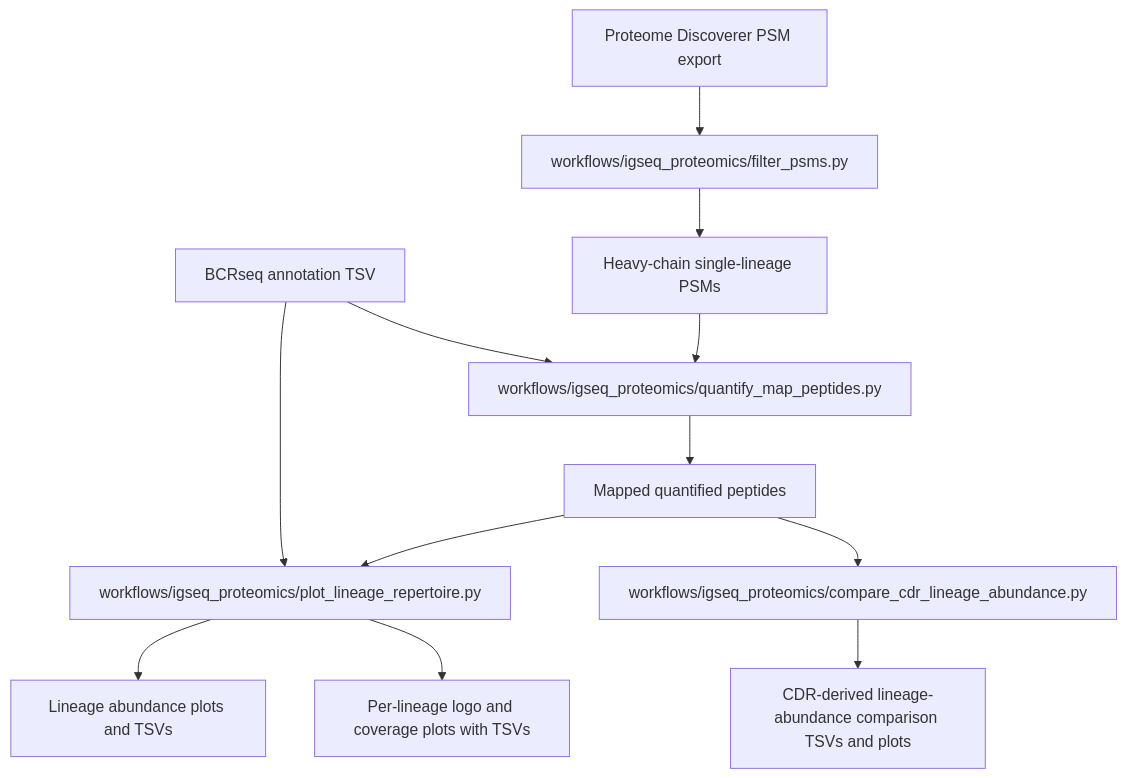
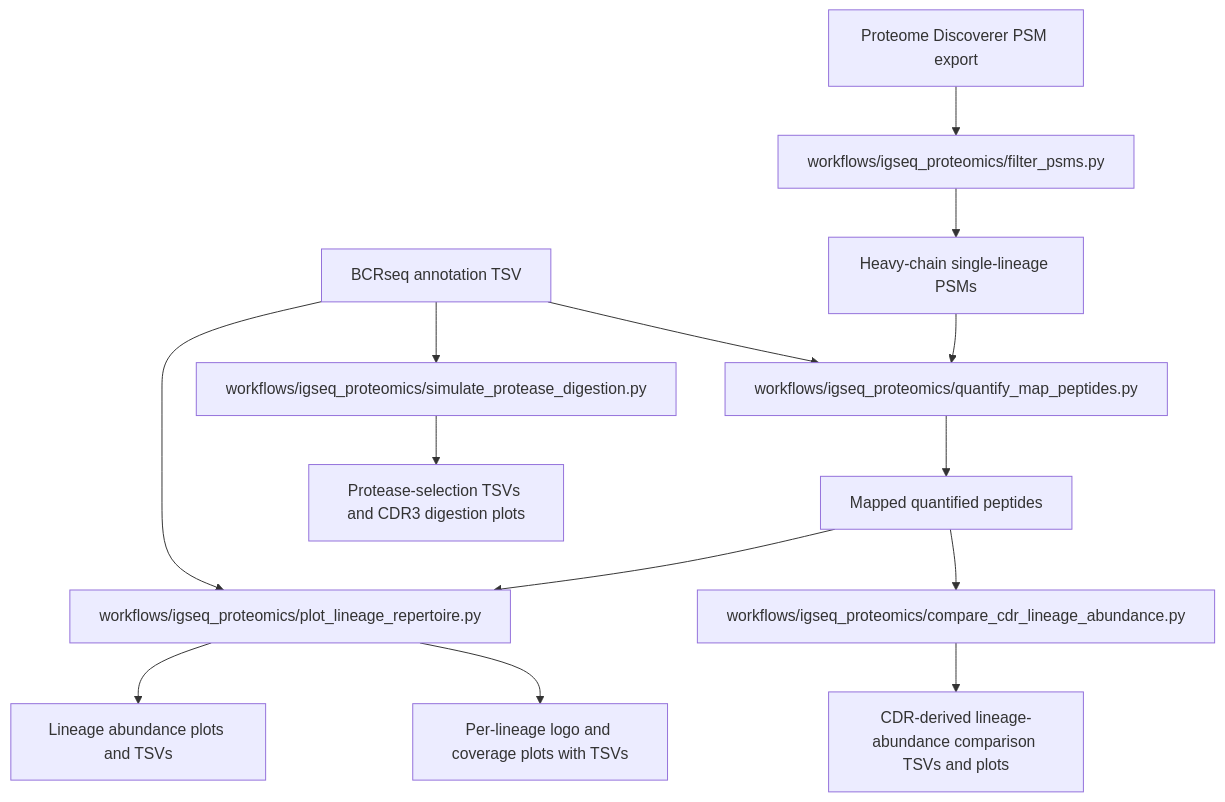
Before and after one commit to LukeHebert/bcrseq_igseq: the second of 2 diagrams in README.md, drawn with Mermaid. The commit also changed other lines of this file and 5 other files, not shown here.

Commit message:
Add AIRR protease digestion simulation

````diff
--- a/README.md
+++ b/README.md
@@ -69,14 +69,16 @@
 ```mermaid
 flowchart TD
     A[Proteome Discoverer PSM export] --> B[workflows/igseq_proteomics/filter_psms.py]
     B --> C[Heavy-chain single-lineage PSMs]
     C --> D[workflows/igseq_proteomics/quantify_map_peptides.py]
     E[BCRseq annotation TSV] --> D
     D --> F[Mapped quantified peptides]
     F --> G[workflows/igseq_proteomics/plot_lineage_repertoire.py]
     F --> J[workflows/igseq_proteomics/compare_cdr_lineage_abundance.py]
     E --> G
     G --> H[Lineage abundance plots and TSVs]
     G --> I[Per-lineage logo and coverage plots with TSVs]
     J --> K[CDR-derived lineage-abundance comparison TSVs and plots]
+    E --> L[workflows/igseq_proteomics/simulate_protease_digestion.py]
+    L --> M[Protease-selection TSVs and CDR3 digestion plots]
 ```
````
